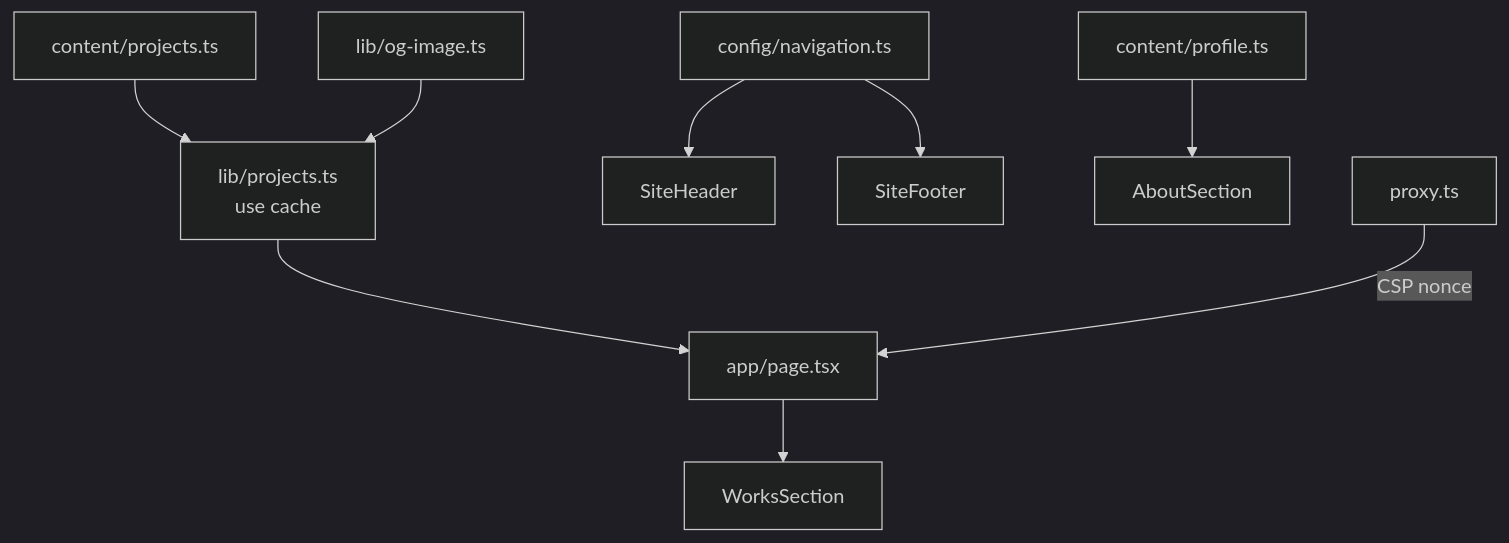
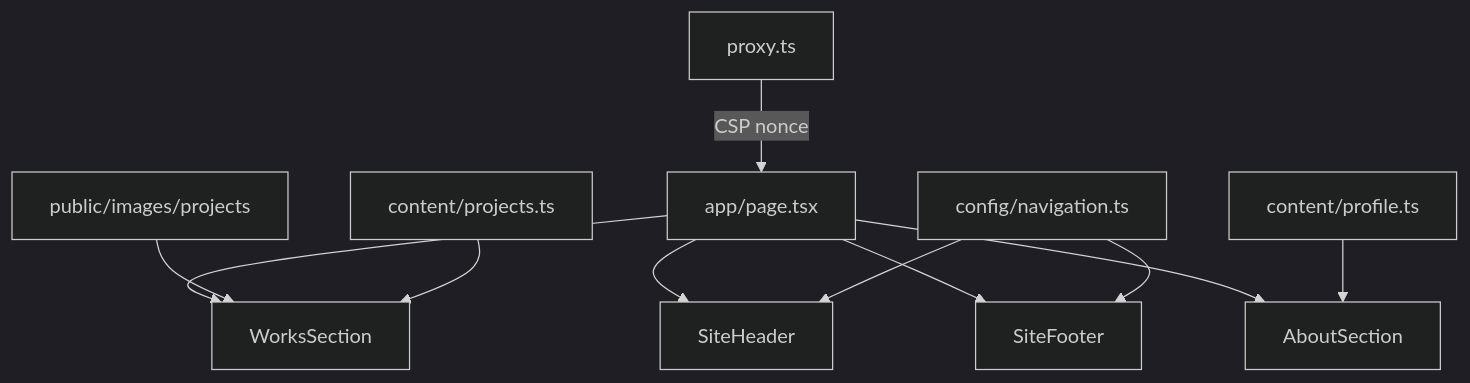
The diagram in README.md (bright-broom/ToshikiSakuta), drawn with Mermaid (dark theme) before and after one commit. The commit also changed other lines of this file and 44 other files, not shown here.

````diff
--- a/README.md
+++ b/README.md
@@ -87,11 +89,13 @@
 ```mermaid
 graph TD
-    C[content/projects.ts] --> L[lib/projects.ts<br/>use cache]
-    O[lib/og-image.ts] --> L
-    L --> P[app/page.tsx]
-    P --> W[WorksSection]
+    C[content/projects.ts] --> W[WorksSection]
+    I[public/images/projects] --> W
     N[config/navigation.ts] --> H[SiteHeader]
     N --> F[SiteFooter]
     R[content/profile.ts] --> A[AboutSection]
-    X[proxy.ts] -->|CSP nonce| P
+    X[proxy.ts] -->|CSP nonce| P[app/page.tsx]
+    P --> W
+    P --> H
+    P --> A
+    P --> F
 ```
````
